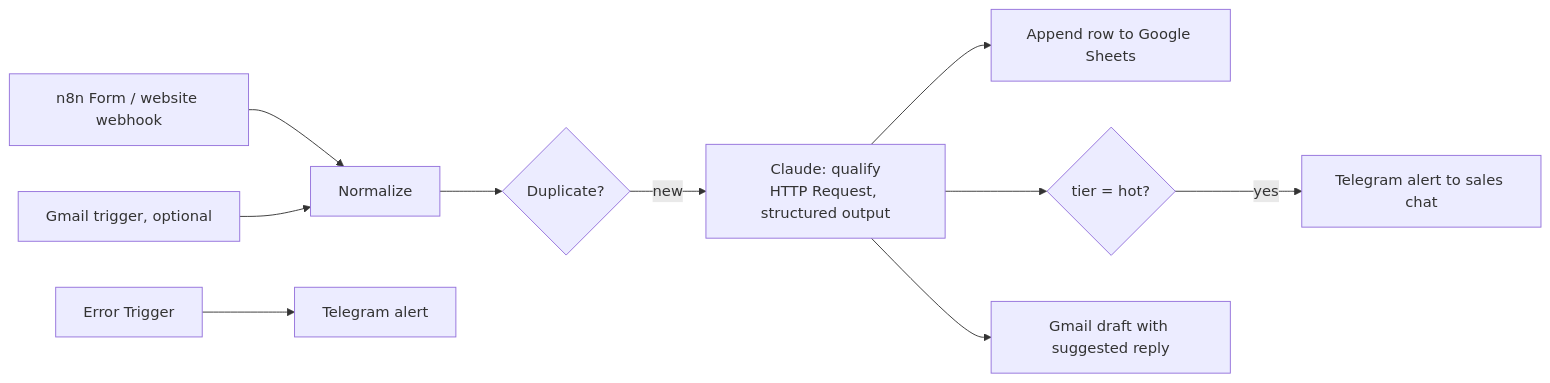
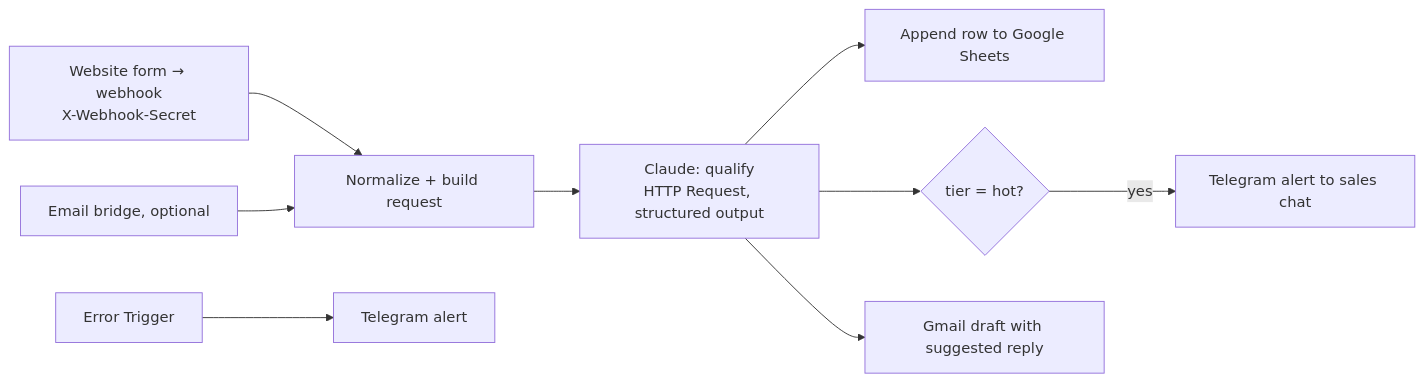
Before and after one commit to Hamann1188/n8n-ai-lead-qualifier: the diagram in docs/ARCHITECTURE.md, drawn with Mermaid. The commit also changed other lines of this file and 11 other files, not shown here.

````diff
--- a/docs/ARCHITECTURE.md
+++ b/docs/ARCHITECTURE.md
@@ -25,12 +25,11 @@
 ```mermaid
 flowchart LR
-  F[n8n Form / website webhook] --> N[Normalize]
-  M[Gmail trigger, optional] --> N
-  N --> D{Duplicate?}
-  D -- new --> Q[Claude: qualify<br/>HTTP Request, structured output]
+  F[Website form → webhook<br/>X-Webhook-Secret] --> N[Normalize + build request]
+  M[Email bridge, optional] --> N
+  N --> Q[Claude: qualify<br/>HTTP Request, structured output]
   Q --> S[Append row to Google Sheets]
   Q --> R{tier = hot?}
   R -- yes --> T[Telegram alert to sales chat]
   Q --> G[Gmail draft with suggested reply]
   E[Error Trigger] --> TA[Telegram alert]
 ```
````
